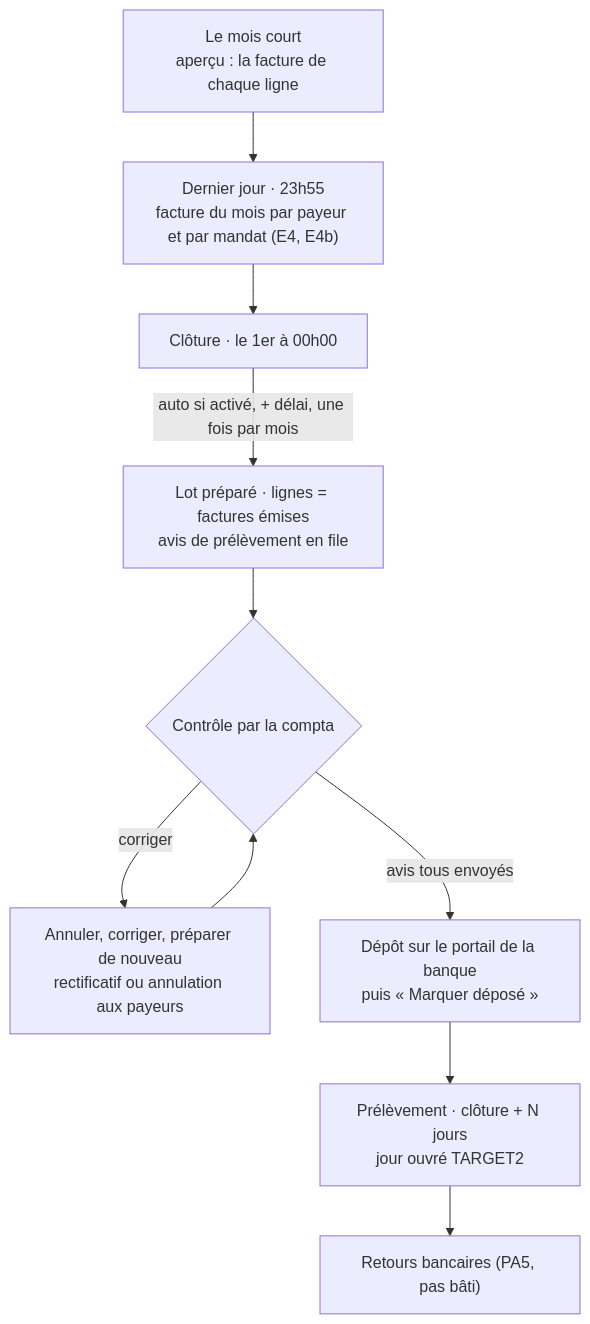
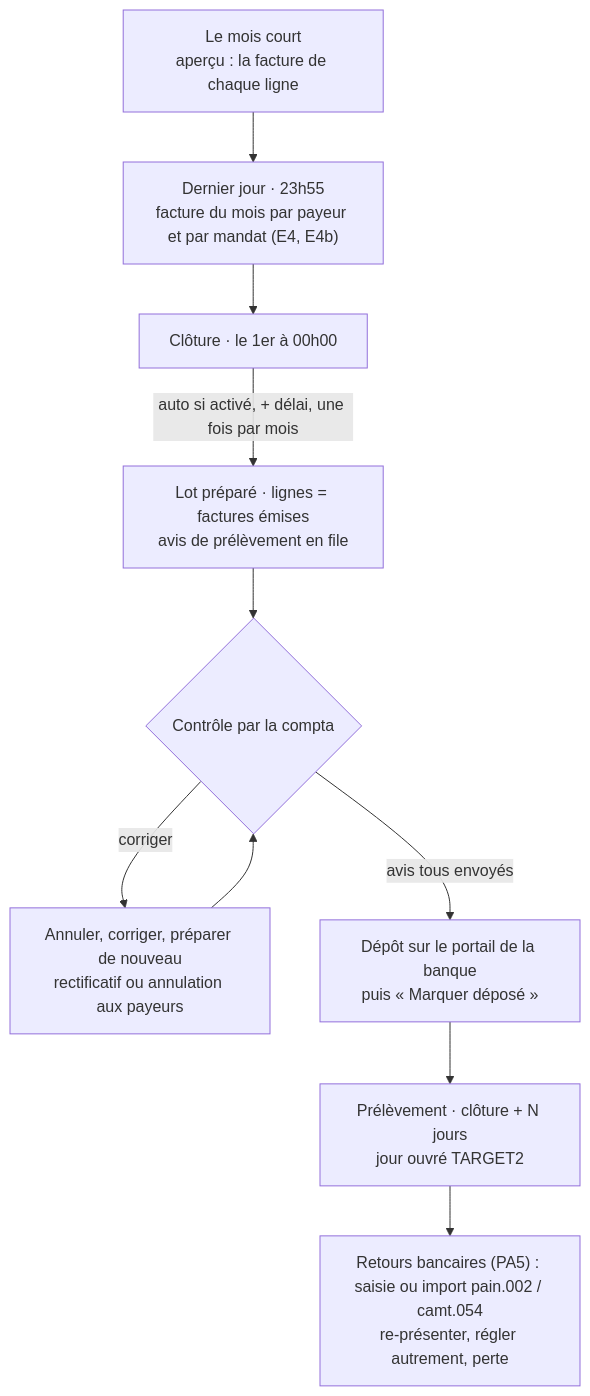
Before and after one commit to hugoheynard/lfd: the diagram in documentation/comptabilite/prelevement/prelevement-automatique.md, drawn with Mermaid. The commit also changed other lines of this file and 115 other files, not shown here.

````diff
--- a/documentation/comptabilite/prelevement/prelevement-automatique.md
+++ b/documentation/comptabilite/prelevement/prelevement-automatique.md
@@ -24,12 +24,12 @@
 ```mermaid
 flowchart TB
   A["Le mois court<br/>aperçu : la facture de chaque ligne"] --> F["Dernier jour · 23h55<br/>facture du mois par payeur et par mandat (E4, E4b)"]
   F --> B["Clôture · le 1er à 00h00"]
   B -->|"auto si activé, + délai, une fois par mois"| C["Lot préparé · lignes = factures émises<br/>avis de prélèvement en file"]
   C --> D{"Contrôle par la compta"}
   D -->|"corriger"| E["Annuler, corriger, préparer de nouveau<br/>rectificatif ou annulation aux payeurs"]
   E --> D
   D -->|"avis tous envoyés"| G["Dépôt sur le portail de la banque<br/>puis « Marquer déposé »"]
   G --> H["Prélèvement · clôture + N jours<br/>jour ouvré TARGET2"]
-  H --> I["Retours bancaires (PA5, pas bâti)"]
+  H --> I["Retours bancaires (PA5) : saisie ou import pain.002 / camt.054<br/>re-présenter, régler autrement, perte"]
 ```
````
